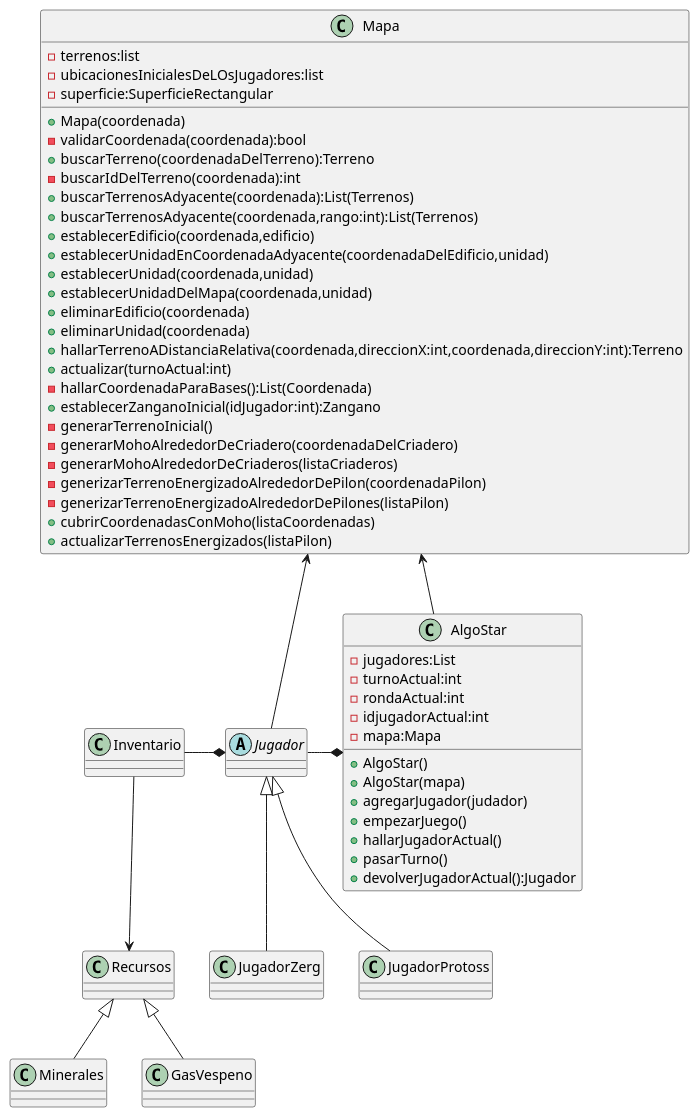
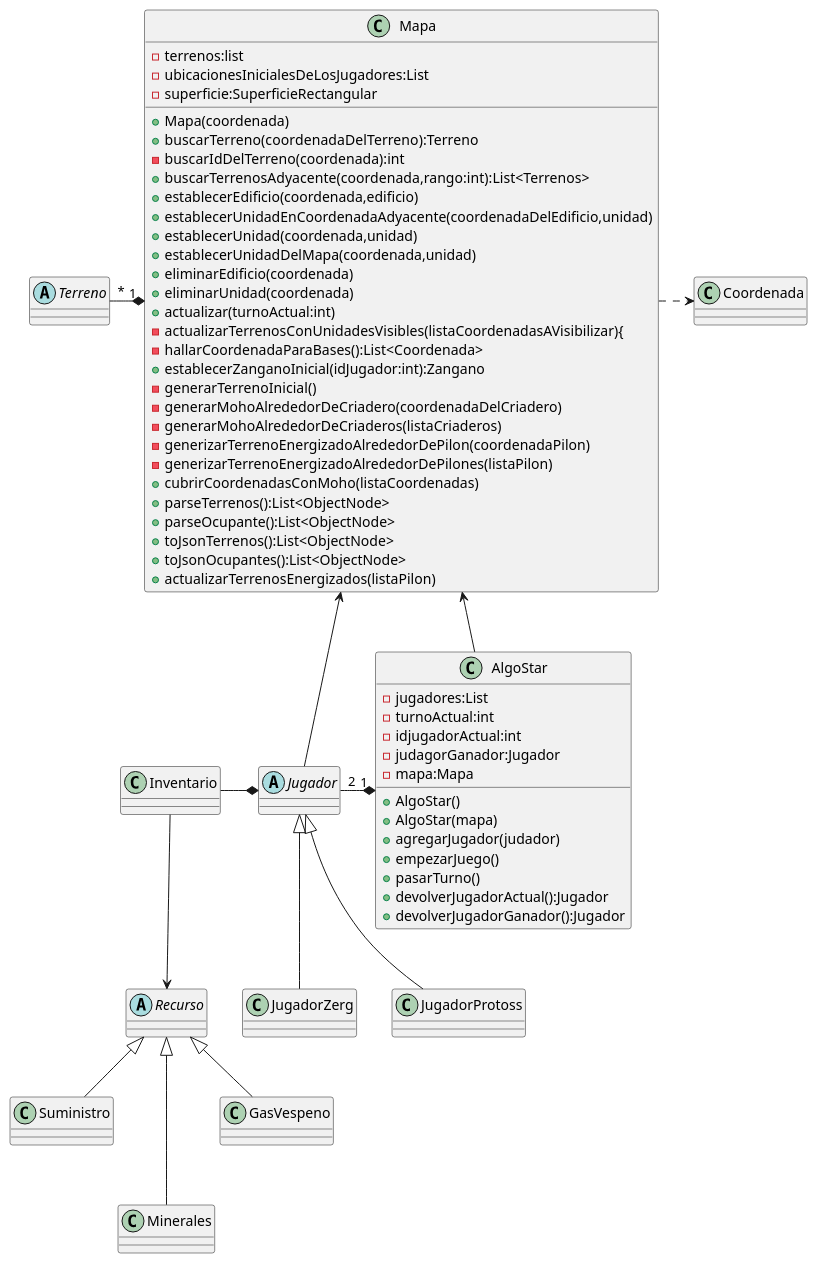
One commit to LucasMBarrientos/algo3_tp2 changed the diagram in diagrams/classes/Modelo/clase_algoStar.puml. Above: the diagram before and after it, drawn with PlantUML.

Commit message:
di algo Star

```diff
--- a/diagrams/classes/Modelo/clase_algoStar.puml
+++ b/diagrams/classes/Modelo/clase_algoStar.puml
@@ -1,69 +1,75 @@
 @startuml
 class AlgoStar{
 -jugadores:List
 -turnoActual:int
--rondaActual:int
 -idjugadorActual:int
+- judagorGanador:Jugador
 -mapa:Mapa
 +AlgoStar()
 +AlgoStar(mapa)
 +agregarJugador(judador)
 +empezarJuego()
-+hallarJugadorActual()
 +pasarTurno()
 +devolverJugadorActual():Jugador
++devolverJugadorGanador():Jugador
 }
 
 
 class Mapa {
 -terrenos:list
--ubicacionesInicialesDeLOsJugadores:list
+-ubicacionesInicialesDeLosJugadores:List
 -superficie:SuperficieRectangular
 +Mapa(coordenada)
--validarCoordenada(coordenada):bool
 +buscarTerreno(coordenadaDelTerreno):Terreno
 -buscarIdDelTerreno(coordenada):int
-+buscarTerrenosAdyacente(coordenada):List(Terrenos)
-+buscarTerrenosAdyacente(coordenada,rango:int):List(Terrenos)
++buscarTerrenosAdyacente(coordenada,rango:int):List<Terrenos>
 +establecerEdificio(coordenada,edificio)
 +establecerUnidadEnCoordenadaAdyacente(coordenadaDelEdificio,unidad)
 +establecerUnidad(coordenada,unidad)
 +establecerUnidadDelMapa(coordenada,unidad)
 +eliminarEdificio(coordenada)
 +eliminarUnidad(coordenada)
-+hallarTerrenoADistanciaRelativa(coordenada,direccionX:int,coordenada,direccionY:int):Terreno
+'+hallarTerrenoADistanciaRelativa(coordenada,direccionX:int,coordenada,direccionY:int):Terreno
 +actualizar(turnoActual:int)
--hallarCoordenadaParaBases():List(Coordenada)
+-actualizarTerrenosConUnidadesVisibles(listaCoordenadasAVisibilizar){
+-hallarCoordenadaParaBases():List<Coordenada>
 +establecerZanganoInicial(idJugador:int):Zangano
 -generarTerrenoInicial()
 -generarMohoAlrededorDeCriadero(coordenadaDelCriadero)
 -generarMohoAlrededorDeCriaderos(listaCriaderos)
 -generizarTerrenoEnergizadoAlrededorDePilon(coordenadaPilon)
 -generizarTerrenoEnergizadoAlrededorDePilones(listaPilon)
 +cubrirCoordenadasConMoho(listaCoordenadas)
++parseTerrenos():List<ObjectNode>
++parseOcupante():List<ObjectNode>
++toJsonTerrenos():List<ObjectNode>
++toJsonOcupantes():List<ObjectNode>
 +actualizarTerrenosEnergizados(listaPilon)
 
 }
 
 
 abstract Jugador
-
-
+abstract Recurso
+abstract Terreno
 
 
 AlgoStar --up> Mapa
-AlgoStar *-left- Jugador
+AlgoStar "1" *--left-"2" Jugador
 Jugador *-left- Inventario
 Jugador -up->  Mapa
+Mapa "1" *-left--"*" Terreno
+Mapa .right.> Coordenada
 
 
-Recursos <|--Minerales
-Recursos <|--GasVespeno
+Recurso <|--Suministro
+Recurso <|---Minerales
+Recurso <|--GasVespeno
 
 
 Jugador <|-- JugadorProtoss
 Jugador <|-- JugadorZerg
 
 
-Inventario -down->Recursos
+Inventario -down->Recurso
 @enduml
```
